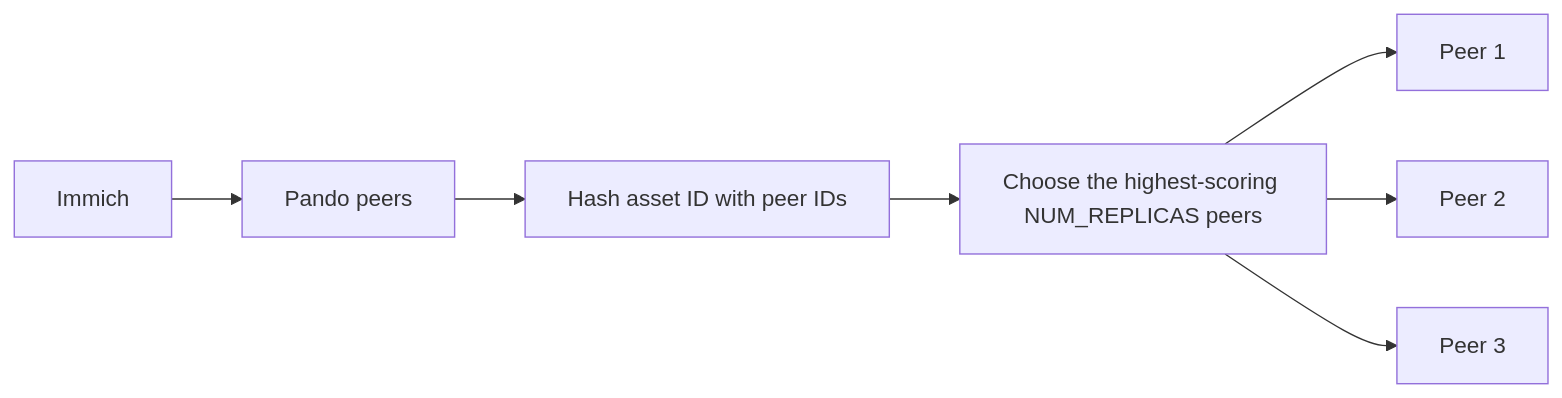
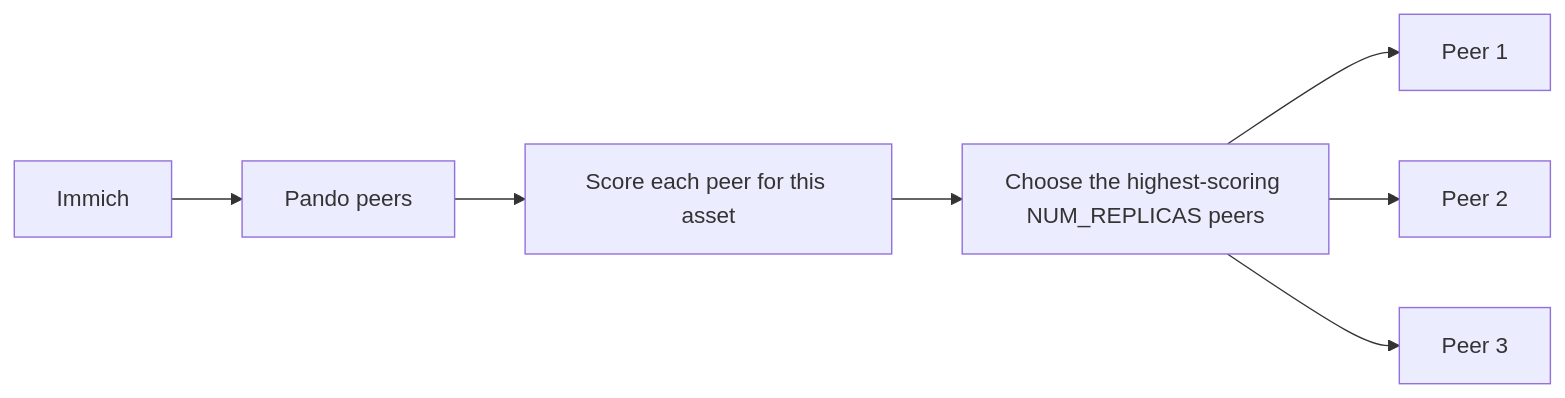
Before and after one commit to jake-bybee/pando: the diagram in README.md, drawn with Mermaid. The commit also changed other lines of this file and 5 other files, not shown here.

````diff
--- a/README.md
+++ b/README.md
@@ -31,9 +34,9 @@
 ```mermaid
 flowchart LR
     I[Immich] --> P[Pando peers]
-    P --> H[Hash asset ID with peer IDs]
+    P --> H[Score each peer for this asset]
     H --> R[Choose the highest-scoring NUM_REPLICAS peers]
     R --> P1[Peer 1]
     R --> P2[Peer 2]
     R --> P3[Peer 3]
 ```
````
